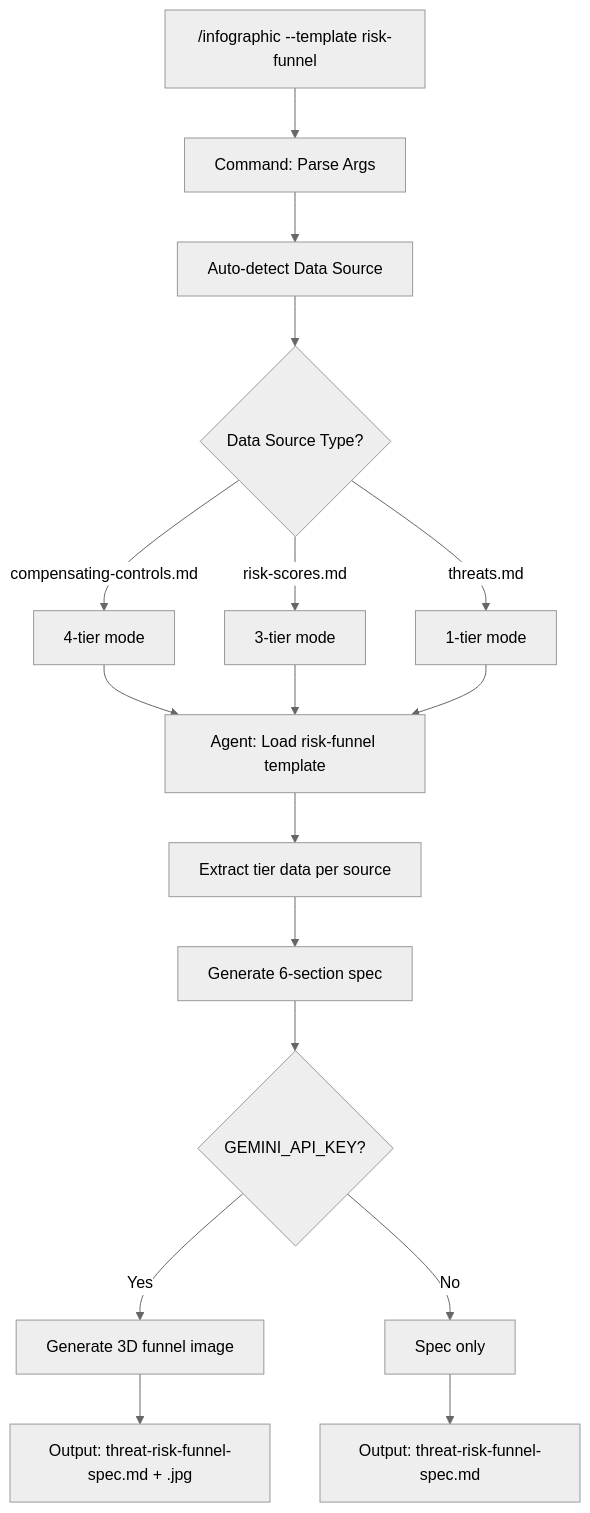
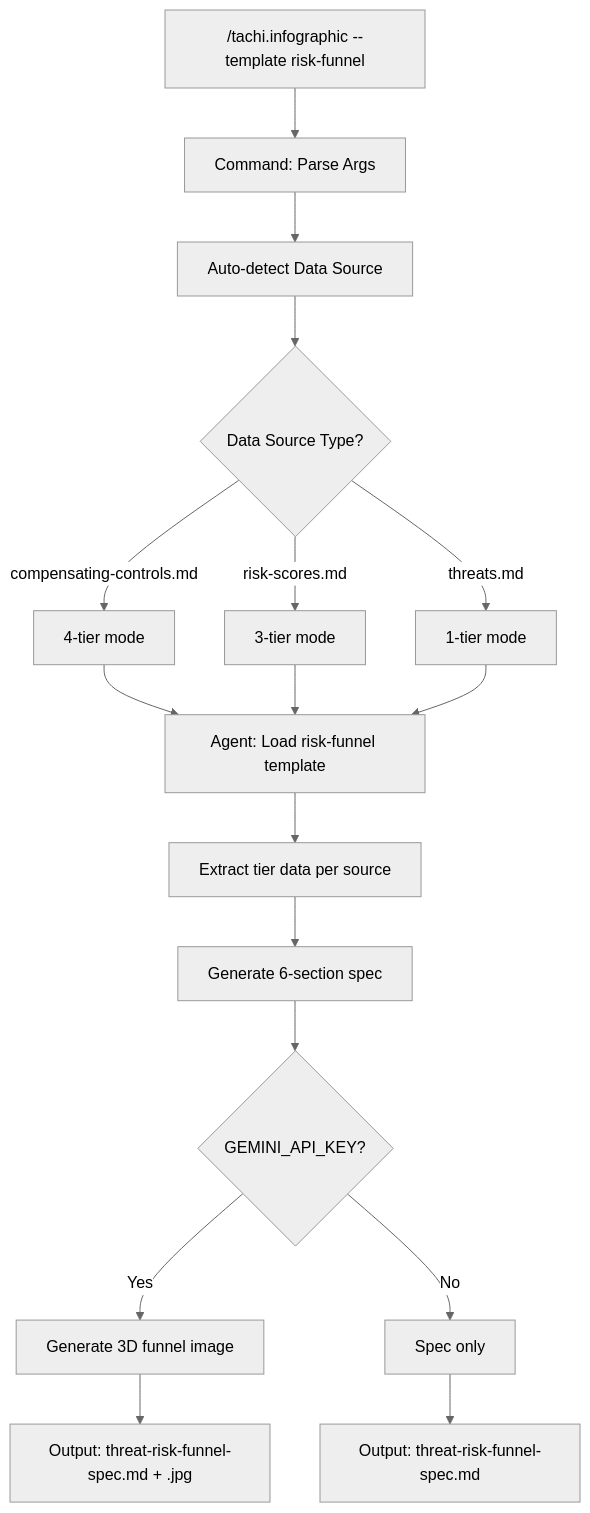
Before and after one commit to q-qp-p/davidmatousek-tachi: the sixth of 8 diagrams in docs/architecture/01_system_design/README.md, drawn with Mermaid (neutral theme). The commit also changed other lines of this file and 51 other files, not shown here.

````diff
--- a/docs/architecture/01_system_design/README.md
+++ b/docs/architecture/01_system_design/README.md
@@ -1100,19 +1100,19 @@
 ```mermaid
 graph TD
-    A["/infographic --template risk-funnel"] --> B[Command: Parse Args]
+    A["/tachi.infographic --template risk-funnel"] --> B[Command: Parse Args]
     B --> C[Auto-detect Data Source]
     C --> D{Data Source Type?}
     D -->|compensating-controls.md| E[4-tier mode]
     D -->|risk-scores.md| F[3-tier mode]
     D -->|threats.md| G[1-tier mode]
     E --> H[Agent: Load risk-funnel template]
     F --> H
     G --> H
     H --> I[Extract tier data per source]
     I --> J[Generate 6-section spec]
     J --> K{GEMINI_API_KEY?}
     K -->|Yes| L[Generate 3D funnel image]
     K -->|No| M[Spec only]
     L --> N[Output: threat-risk-funnel-spec.md + .jpg]
     M --> O[Output: threat-risk-funnel-spec.md]
 ```
````
